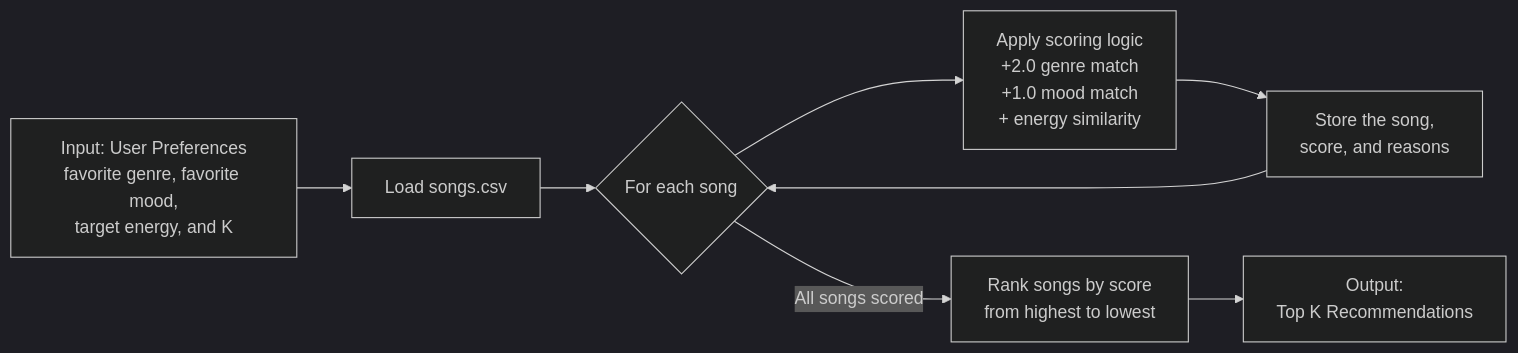
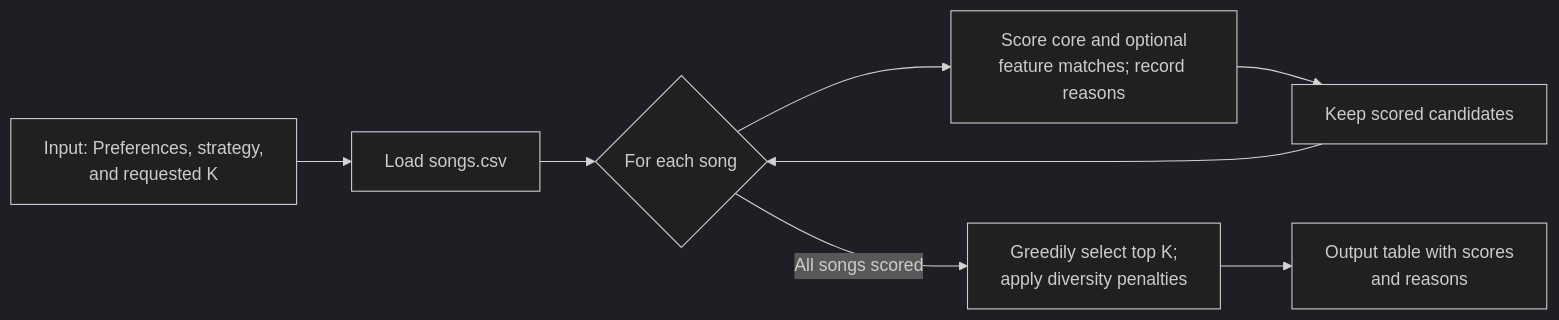
One commit to KarinaS0uza/ai110-module3show-musicrecommendersimulation-starter changed the diagram in README.md. Above: the diagram before and after it, drawn with Mermaid (dark theme). The commit also changed other lines of this file and 2 other files, not shown here.

````diff
--- a/README.md
+++ b/README.md
@@ -46,10 +32,10 @@
 ```mermaid
 flowchart LR
-    A["Input: User Preferences<br/>favorite genre, favorite mood,<br/>target energy, and K"] --> B["Load songs.csv"]
+    A["Input: Preferences, strategy,<br/>and requested K"] --> B["Load songs.csv"]
     B --> C{"For each song"}
-    C --> D["Apply scoring logic<br/>+2.0 genre match<br/>+1.0 mood match<br/>+ energy similarity"]
-    D --> E["Store the song,<br/>score, and reasons"]
+    C --> D["Score core and optional<br/>feature matches; record reasons"]
+    D --> E["Keep scored candidates"]
     E --> C
-    C -->|All songs scored| F["Rank songs by score<br/>from highest to lowest"]
-    F --> G["Output:<br/>Top K Recommendations"]
+    C -->|All songs scored| F["Greedily select top K;<br/>apply diversity penalties"]
+    F --> G["Output table with scores<br/>and reasons"]
 ```
````
